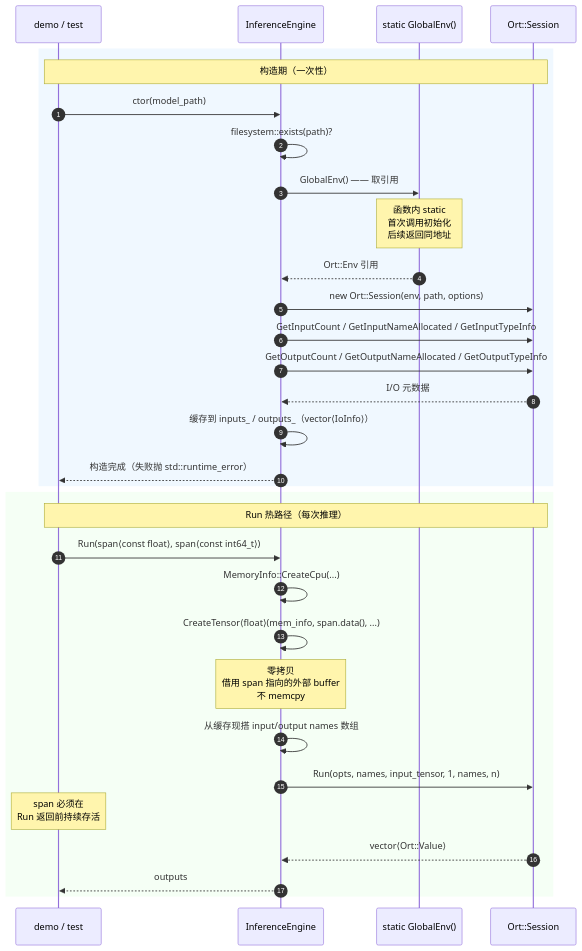
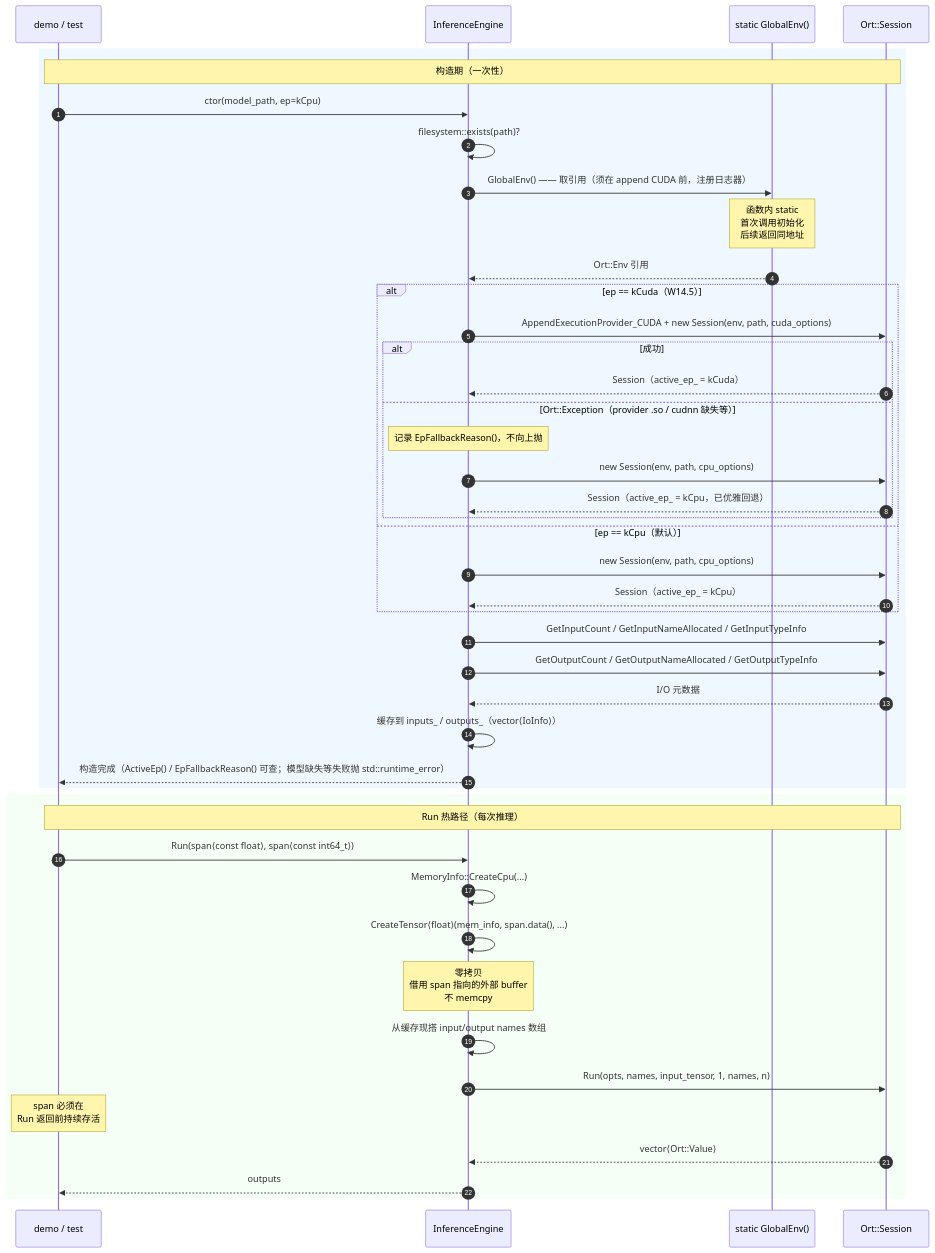
One commit to hanchunbo/Edge-AI-Genesis-2026 changed the second of 2 diagrams in 02_Inference_Analysis/w14_ort_basics/notes.md. Above: the diagram before and after it, drawn with Mermaid. The commit also changed other lines of this file, not shown here.

First line of the commit message:
docs(W14): notes 补编译运行/CUDA EP 时序/概念链接

````diff
--- a/02_Inference_Analysis/w14_ort_basics/notes.md
+++ b/02_Inference_Analysis/w14_ort_basics/notes.md
@@ -67,36 +145,48 @@
 ```mermaid
 sequenceDiagram
   autonumber
   participant U as demo / test
   participant E as InferenceEngine
   participant G as static GlobalEnv()
   participant S as Ort::Session
 
   rect rgb(240, 248, 255)
     Note over U,S: 构造期（一次性）
-    U->>E: ctor(model_path)
+    U->>E: ctor(model_path, ep=kCpu)
     E->>E: filesystem::exists(path)?
-    E->>G: GlobalEnv() —— 取引用
+    E->>G: GlobalEnv() —— 取引用（须在 append CUDA 前，注册日志器）
     Note over G: 函数内 static<br/>首次调用初始化<br/>后续返回同地址
     G-->>E: Ort::Env 引用
-    E->>S: new Ort::Session(env, path, options)
+    alt ep == kCuda（W14.5）
+      E->>S: AppendExecutionProvider_CUDA + new Session(env, path, cuda_options)
+      alt 成功
+        S-->>E: Session（active_ep_ = kCuda）
+      else Ort::Exception（provider .so / cudnn 缺失等）
+        Note over E: 记录 EpFallbackReason()，不向上抛
+        E->>S: new Session(env, path, cpu_options)
+        S-->>E: Session（active_ep_ = kCpu，已优雅回退）
+      end
+    else ep == kCpu（默认）
+      E->>S: new Session(env, path, cpu_options)
+      S-->>E: Session（active_ep_ = kCpu）
+    end
     E->>S: GetInputCount / GetInputNameAllocated / GetInputTypeInfo
     E->>S: GetOutputCount / GetOutputNameAllocated / GetOutputTypeInfo
     S-->>E: I/O 元数据
     E->>E: 缓存到 inputs_ / outputs_（vector⟨IoInfo⟩）
-    E-->>U: 构造完成（失败抛 std::runtime_error）
+    E-->>U: 构造完成（ActiveEp() / EpFallbackReason() 可查；模型缺失等失败抛 std::runtime_error）
   end
 
   rect rgb(245, 255, 245)
     Note over U,S: Run 热路径（每次推理）
     U->>E: Run(span⟨const float⟩, span⟨const int64_t⟩)
     E->>E: MemoryInfo::CreateCpu(...)
     E->>E: CreateTensor⟨float⟩(mem_info, span.data(), ...)
     Note over E: 零拷贝<br/>借用 span 指向的外部 buffer<br/>不 memcpy
     E->>E: 从缓存现搭 input/output names 数组
     E->>S: Run(opts, names, input_tensor, 1, names, n)
     Note over U: span 必须在<br/>Run 返回前持续存活
     S-->>E: vector⟨Ort::Value⟩
     E-->>U: outputs
   end
 ```
````
